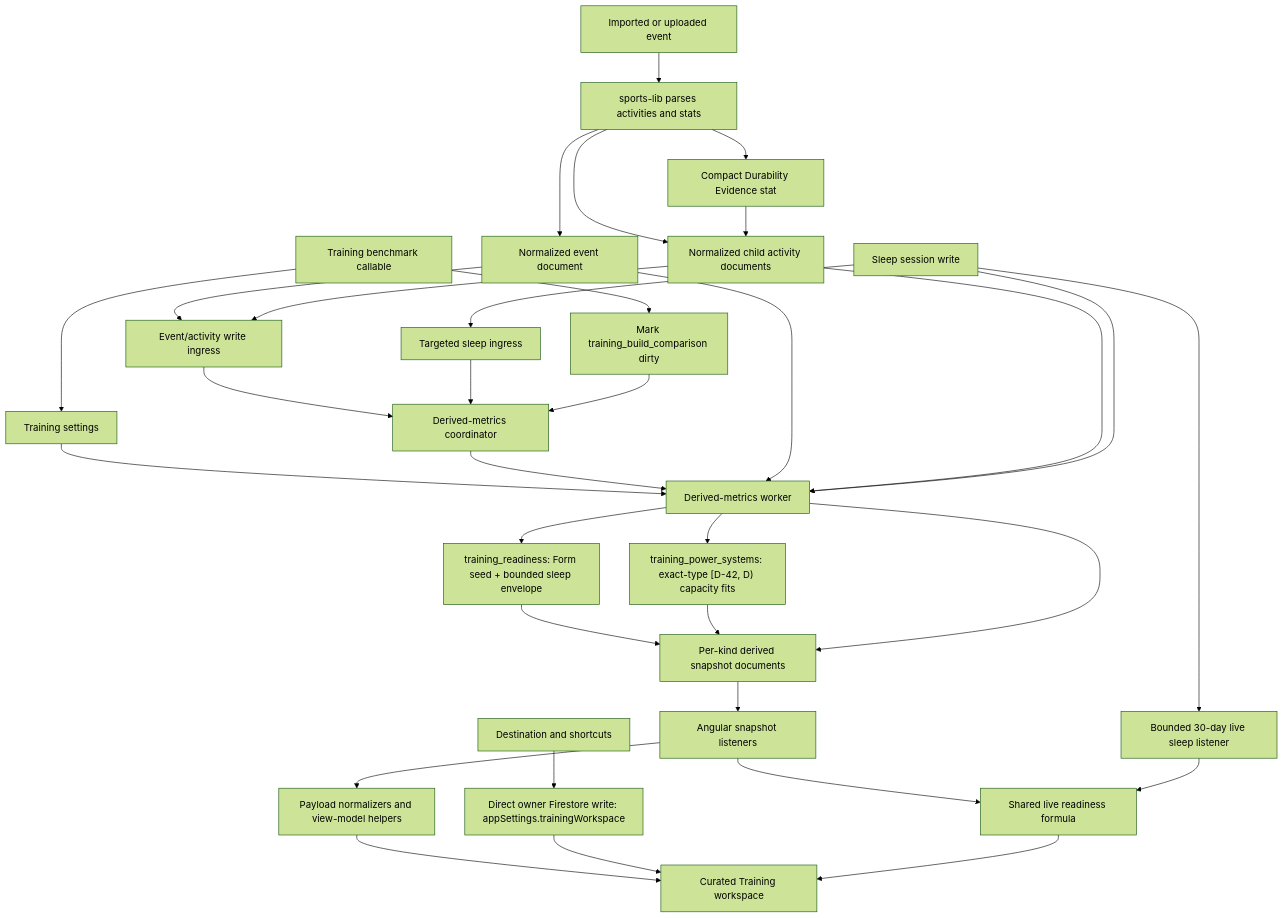
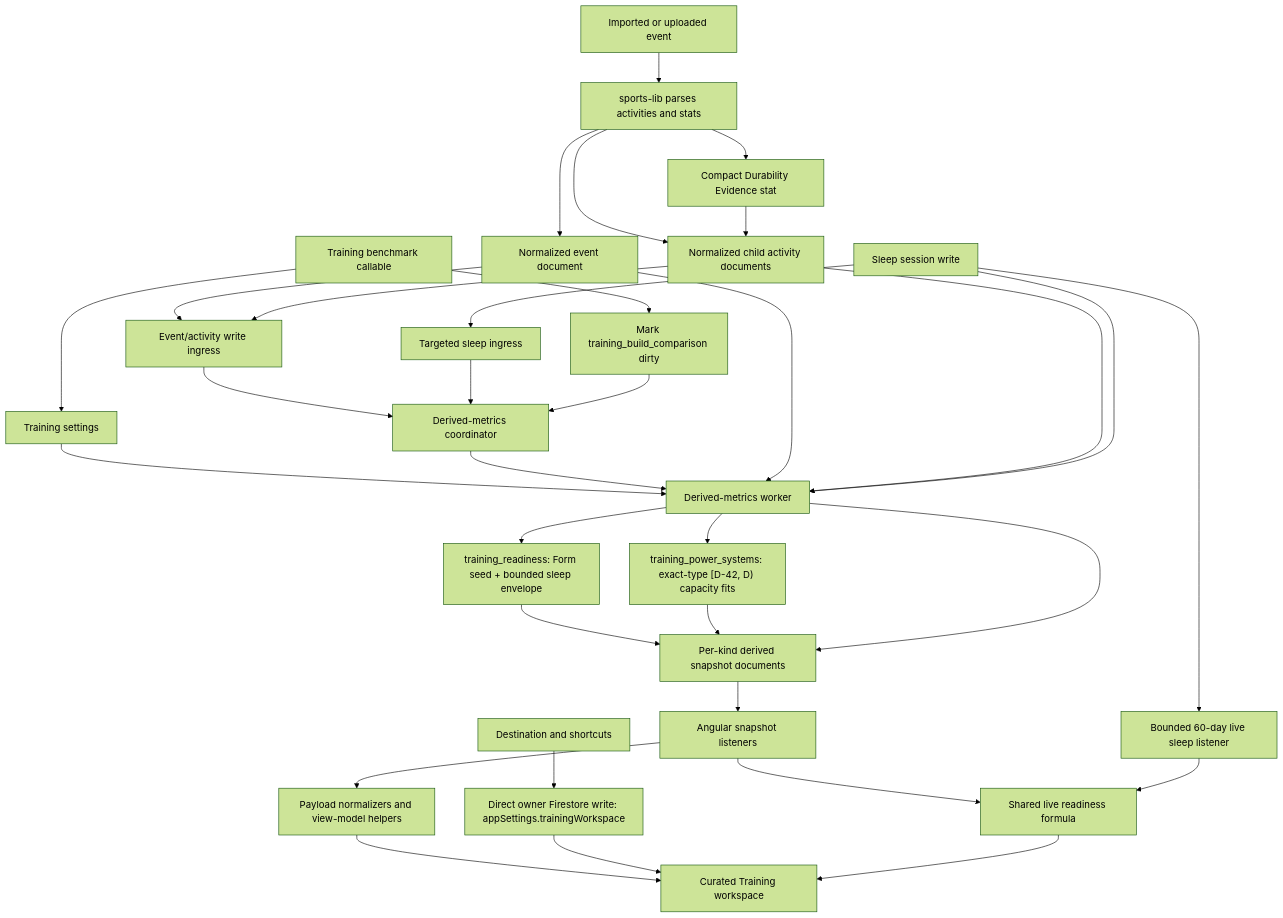
Before and after one commit to jimmykane/quantified-self: the diagram in docs/training-workspace.md, drawn with Mermaid (forest theme). The commit also changed other lines of this file and 46 other files, not shown here.

Commit message:
fix: share rolling HRV ranges across readiness and charts

````diff
--- a/docs/training-workspace.md
+++ b/docs/training-workspace.md
@@ -128,35 +129,35 @@
 ```mermaid
 flowchart TD
     A["Imported or uploaded event"] --> B["sports-lib parses activities and stats"]
     B --> C["Normalized event document"]
     B --> D["Normalized child activity documents"]
     B --> E["Compact Durability Evidence stat"]
     E --> D
     C --> F["Event/activity write ingress"]
     D --> F
     S["Sleep session write"] --> G["Targeted sleep ingress"]
-    S --> P["Bounded 30-day live sleep listener"]
+    S --> P["Bounded 60-day live sleep listener"]
     U["Training benchmark callable"] --> H["Training settings"]
     U --> I["Mark training_build_comparison dirty"]
     V["Destination and shortcuts"] --> W["Direct owner Firestore write: appSettings.trainingWorkspace"]
     F --> J["Derived-metrics coordinator"]
     G --> J
     I --> J
     H --> K["Derived-metrics worker"]
     J --> K
     C --> K
     D --> K
     S --> K
     K --> R["training_readiness: Form seed + bounded sleep envelope"]
     R --> L["Per-kind derived snapshot documents"]
     K --> PS["training_power_systems: exact-type [D-42, D) capacity fits"]
     PS --> L
     K --> L
     L --> M["Angular snapshot listeners"]
     M --> N["Payload normalizers and view-model helpers"]
     N --> O["Curated Training workspace"]
     W --> O
     M --> Q["Shared live readiness formula"]
     P --> Q
     Q --> O
 ```
````
